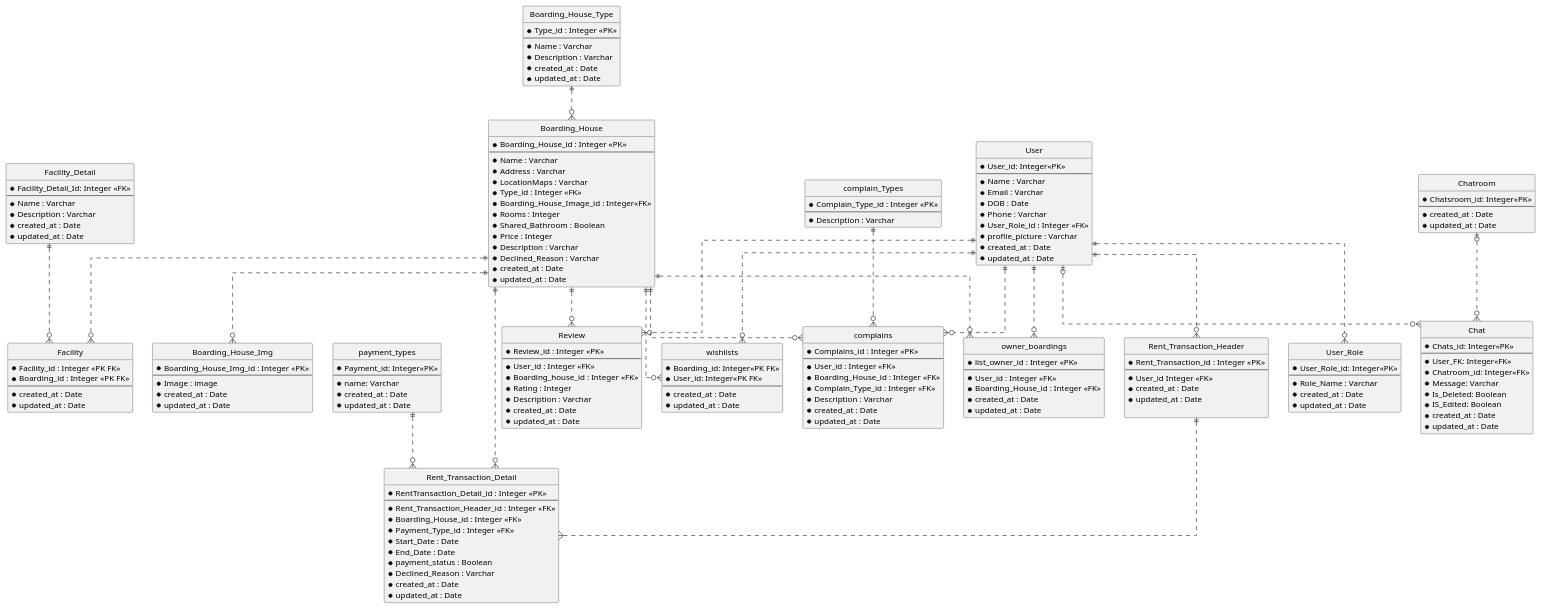
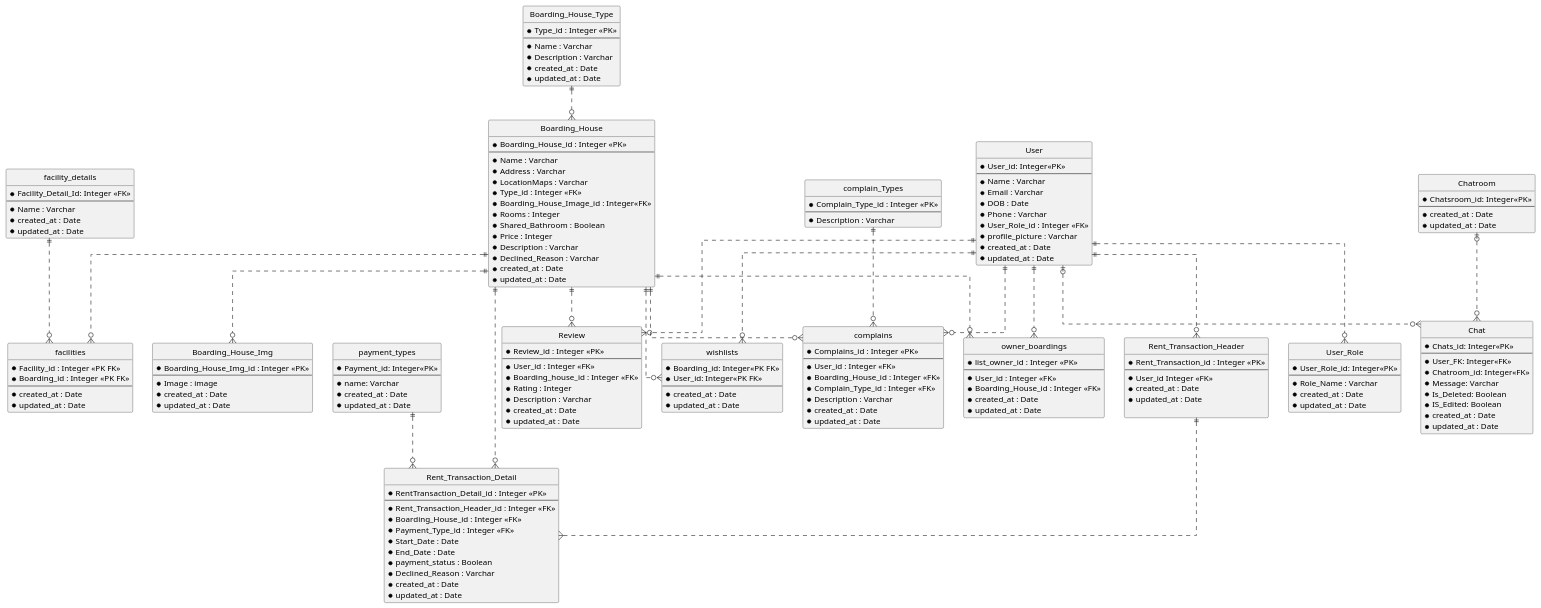
Before and after one commit to AntWort21/BHFMS: the diagram in Design/BHFMS_ERD.puml, drawn with PlantUML. The commit also changed 2 other files, not shown here.

```diff
--- a/Design/BHFMS_ERD.puml
+++ b/Design/BHFMS_ERD.puml
@@ -52,16 +52,15 @@
   *updated_at : Date
 }
 
-entity "Facility_Detail" as fd {
+entity "facility_details" as fd {
   *Facility_Detail_Id: Integer <<FK>>
   --
   *Name : Varchar
-  *Description : Varchar
   *created_at : Date
   *updated_at : Date
 }
 
-entity "Facility" as f {
+entity "facilities" as f {
   *Facility_id : Integer <<PK FK>>
   *Boarding_id : Integer <<PK FK>>
   --
```
